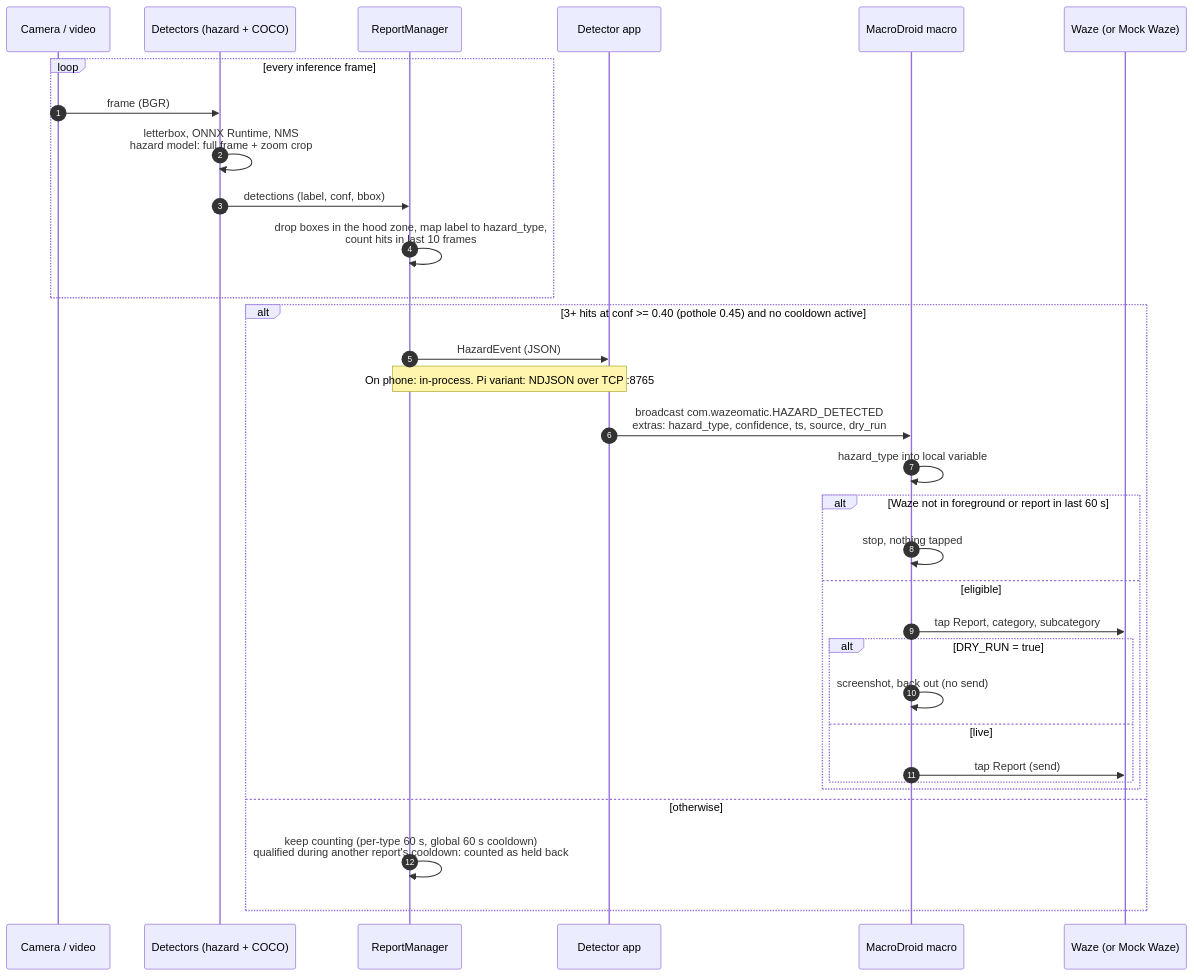
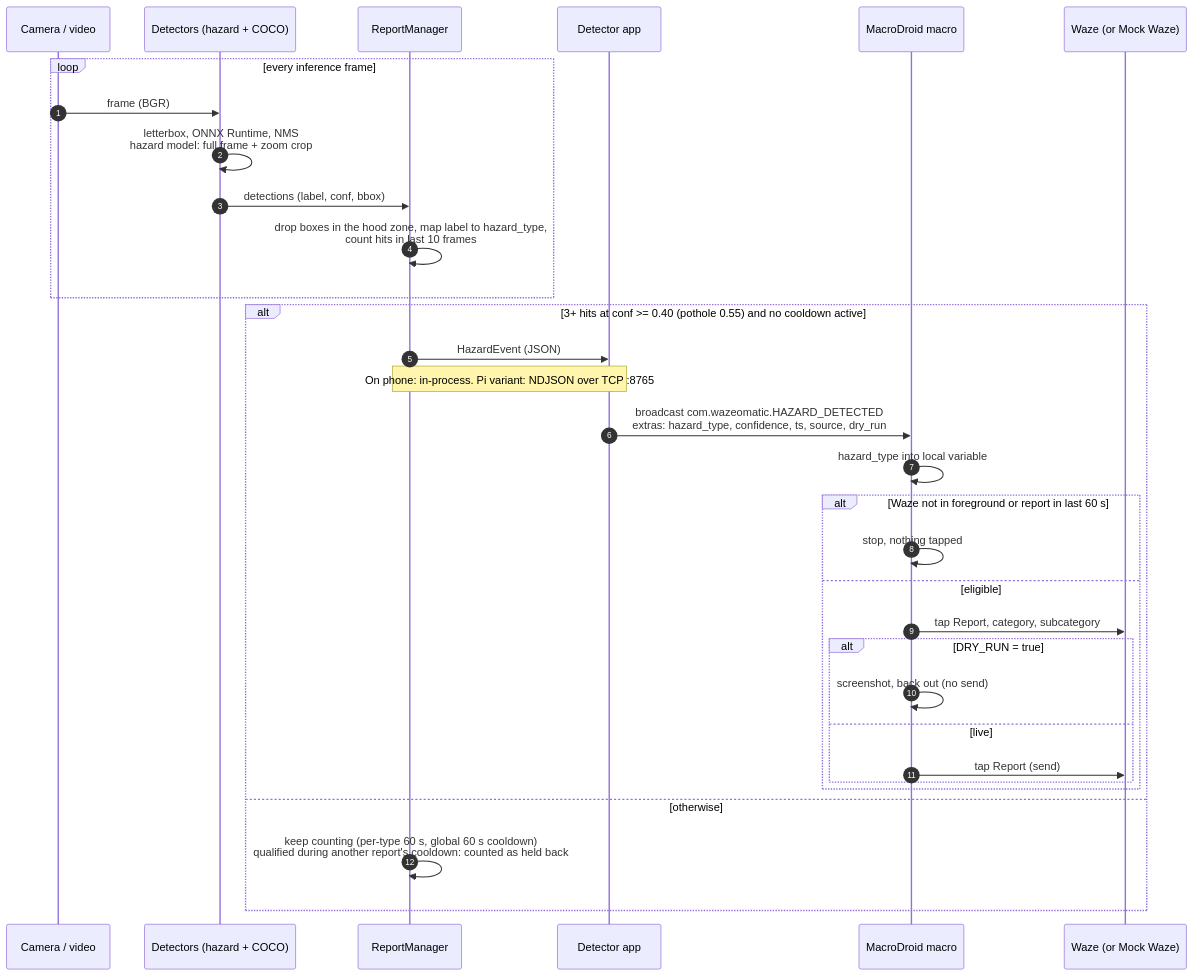
One commit to blakepennel/wazeomatic changed the diagram in docs/diagrams/02_sequence.mmd. Above: the diagram before and after it, drawn with Mermaid. The commit also changed 14 other files, not shown here.

```diff
--- a/docs/diagrams/02_sequence.mmd
+++ b/docs/diagrams/02_sequence.mmd
@@ -1,34 +1,34 @@
 sequenceDiagram
     autonumber
     participant Src as Camera / video
     participant Det as Detectors (hazard + COCO)
     participant RM as ReportManager
     participant App as Detector app
     participant MD as MacroDroid macro
     participant Waze as Waze (or Mock Waze)
 
     loop every inference frame
         Src->>Det: frame (BGR)
         Det->>Det: letterbox, ONNX Runtime, NMS<br/>hazard model: full frame + zoom crop
         Det->>RM: detections (label, conf, bbox)
         RM->>RM: drop boxes in the hood zone, map label to hazard_type,<br/>count hits in last 10 frames
     end
 
-    alt 3+ hits at conf >= 0.40 (pothole 0.45) and no cooldown active
+    alt 3+ hits at conf >= 0.40 (pothole 0.55) and no cooldown active
         RM->>App: HazardEvent (JSON)
         Note over RM,App: On phone: in-process. Pi variant: NDJSON over TCP :8765
         App->>MD: broadcast com.wazeomatic.HAZARD_DETECTED<br/>extras: hazard_type, confidence, ts, source, dry_run
         MD->>MD: hazard_type into local variable
         alt Waze not in foreground or report in last 60 s
             MD->>MD: stop, nothing tapped
         else eligible
             MD->>Waze: tap Report, category, subcategory
             alt DRY_RUN = true
                 MD->>MD: screenshot, back out (no send)
             else live
                 MD->>Waze: tap Report (send)
             end
         end
     else otherwise
         RM->>RM: keep counting (per-type 60 s, global 60 s cooldown)<br/>qualified during another report's cooldown: counted as held back
     end
```
